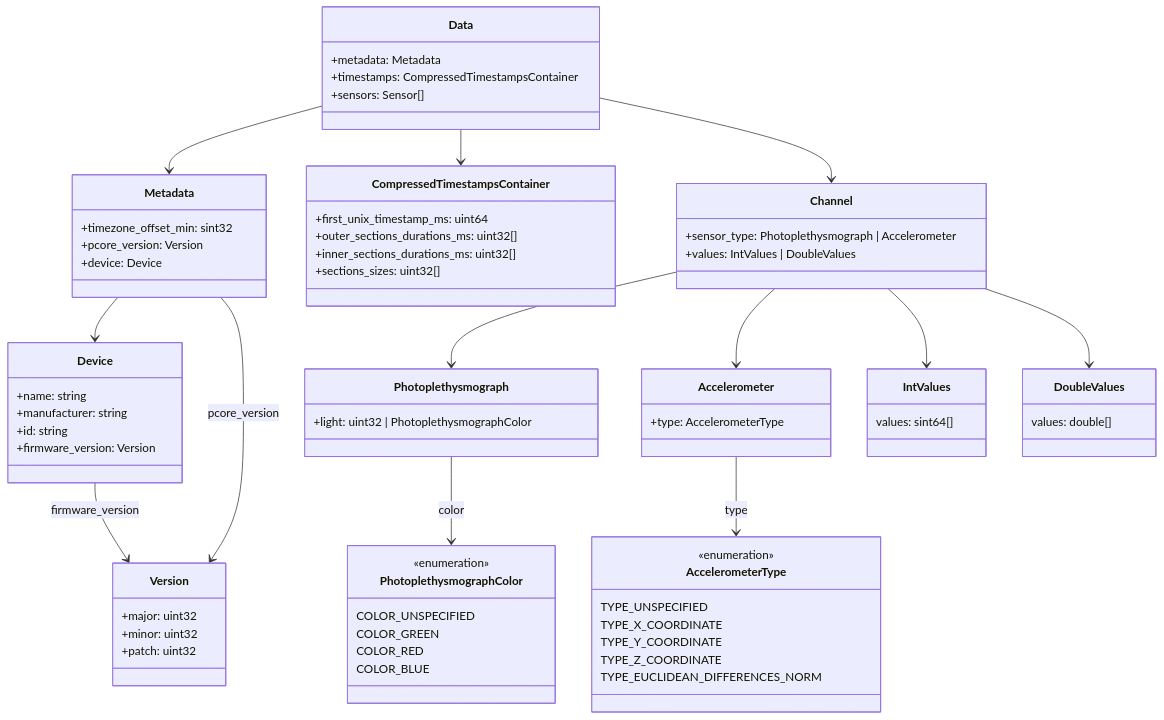
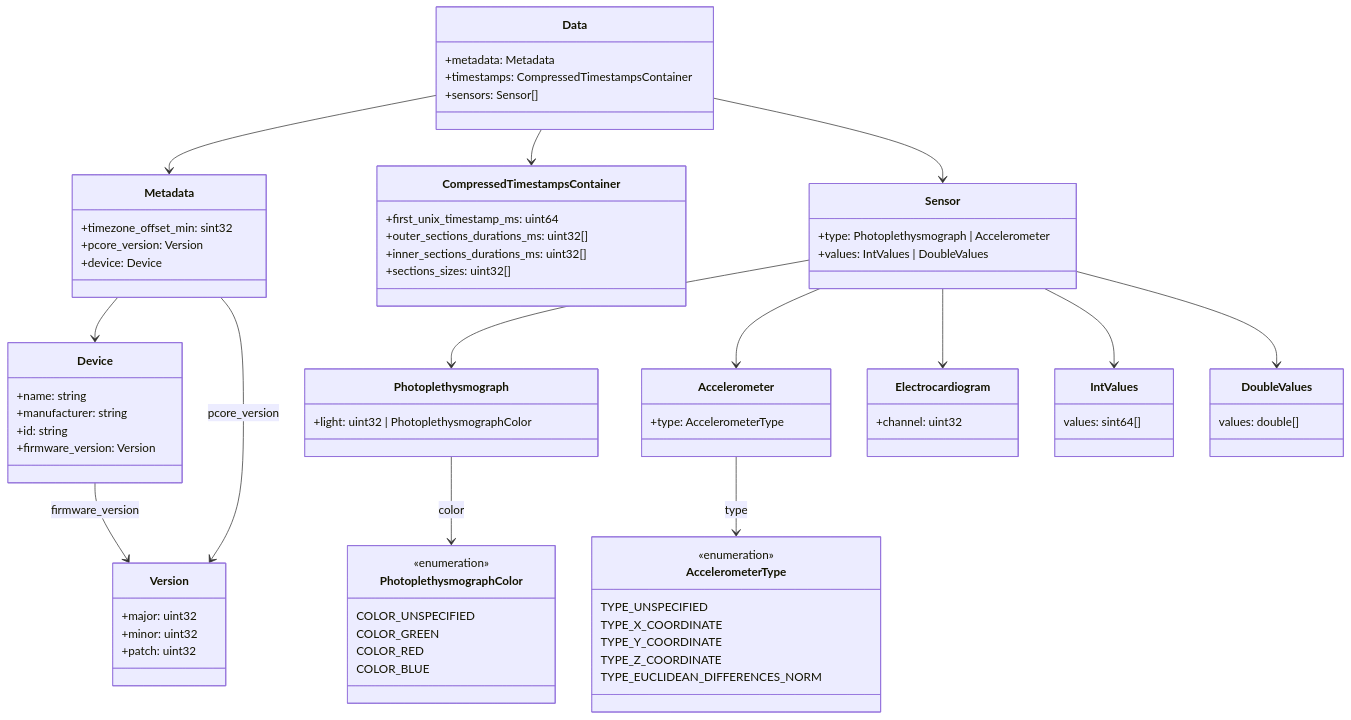
Before and after one commit to preventicus/pcore: the diagram in README.md, drawn with Mermaid. The commit also changed 1 other file, not shown here.

Commit message:
FOR-873 Refactors sensor data structure
Renames the `Channel` message to `Sensor` and updates related fields
to better reflect the intended representation of sensor data.

Adds support for Electrocardiogram sensor data.

Reserves unused fields in the `Sensor` message for future expansion.

```diff
--- a/README.md
+++ b/README.md
@@ -206,11 +206,11 @@
   +sections_sizes: uint32[]
 }
 
-%% === Channel ===
+%% === Sensor ===
 
-class Channel {
+class Sensor {
   %% oneof type:
-  +sensor_type: Photoplethysmograph | Accelerometer
+  +type: Photoplethysmograph | Accelerometer
   +values: IntValues | DoubleValues
 }
 
@@ -252,6 +252,12 @@
   COLOR_BLUE
 }
 
+%% ====== Electrocardiogram ===
+
+class Electrocardiogram {
+    +channel: uint32
+}
+
 %% === Version ===
 
 class Version {
@@ -269,11 +275,12 @@
 
 Data --> CompressedTimestampsContainer
 
-Data --> Channel 
-Channel --> Photoplethysmograph
-Channel --> Accelerometer
-Channel --> IntValues 
-Channel --> DoubleValues 
+Data --> Sensor 
+Sensor --> Photoplethysmograph
+Sensor --> Accelerometer
+Sensor --> Electrocardiogram
+Sensor --> IntValues 
+Sensor --> DoubleValues 
 
 Photoplethysmograph --> PhotoplethysmographColor : color
 Accelerometer --> AccelerometerType : type
```
